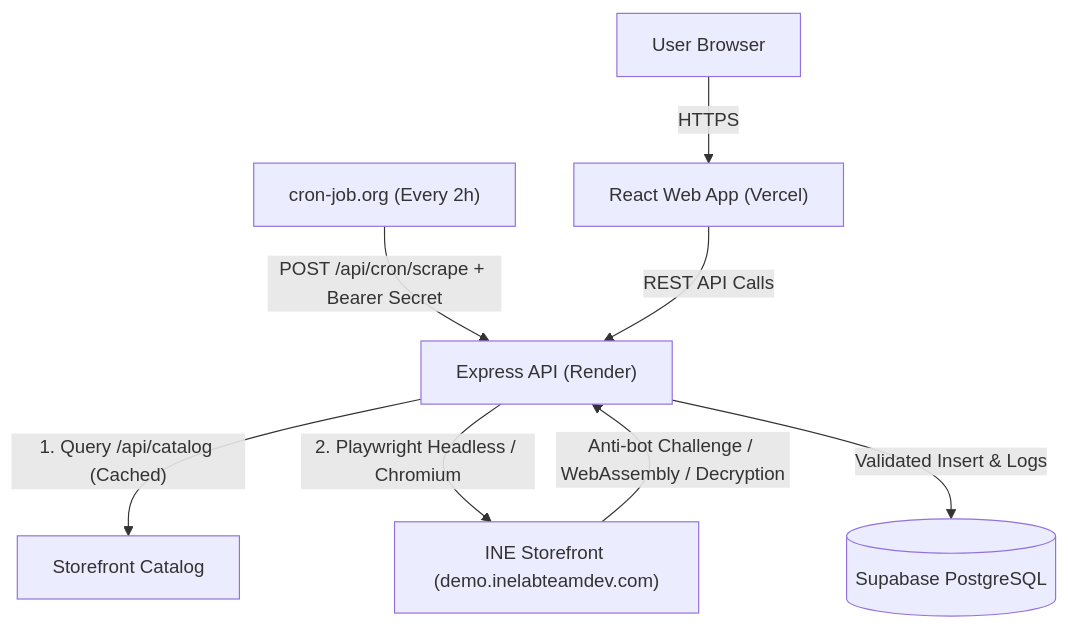
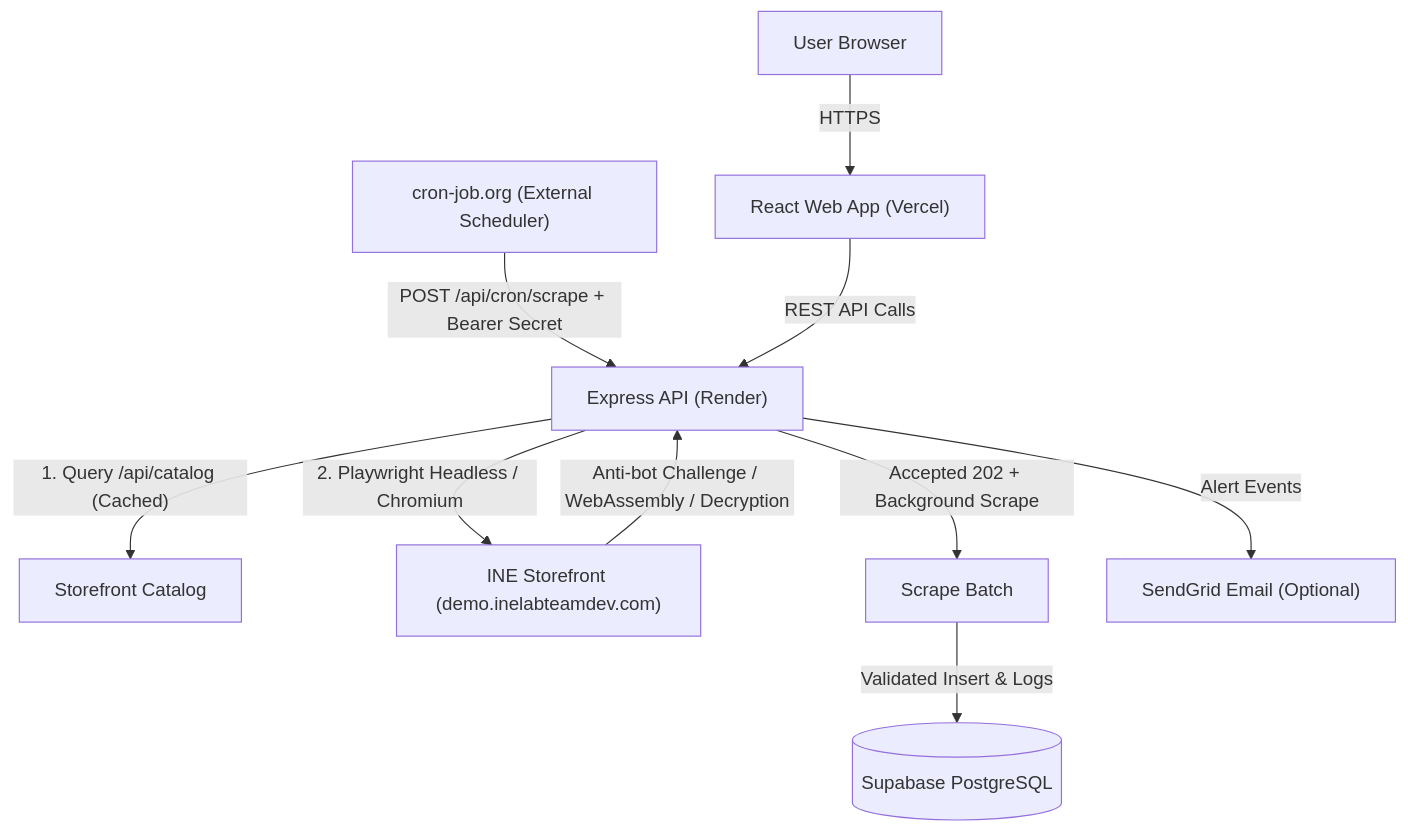
Before and after one commit to Mrigank118/INE-price-tracker: the diagram in DESIGN_NOTE.md, drawn with Mermaid. The commit also changed other lines of this file, not shown here.

````diff
--- a/DESIGN_NOTE.md
+++ b/DESIGN_NOTE.md
@@ -13,10 +17,12 @@
 ```mermaid
 flowchart TD
-    Cron["cron-job.org (Every 2h)"] -->|"POST /api/cron/scrape + Bearer Secret"| API["Express API (Render)"]
+    Cron["cron-job.org (External Scheduler)"] -->|"POST /api/cron/scrape + Bearer Secret"| API["Express API (Render)"]
     User["User Browser"] -->|"HTTPS"| Web["React Web App (Vercel)"]
     Web -->|"REST API Calls"| API
     API -->|"1. Query /api/catalog (Cached)"| Catalog["Storefront Catalog"]
     API -->|"2. Playwright Headless / Chromium"| Store["INE Storefront (demo.inelabteamdev.com)"]
     Store -->|"Anti-bot Challenge / WebAssembly / Decryption"| API
-    API -->|"Validated Insert & Logs"| Supabase[("Supabase PostgreSQL")]
+    API -->|"Accepted 202 + Background Scrape"| Worker["Scrape Batch"]
+    Worker -->|"Validated Insert & Logs"| Supabase[("Supabase PostgreSQL")]
+    API -->|"Alert Events"| Alerts["SendGrid Email (Optional)"]
 ```
````
